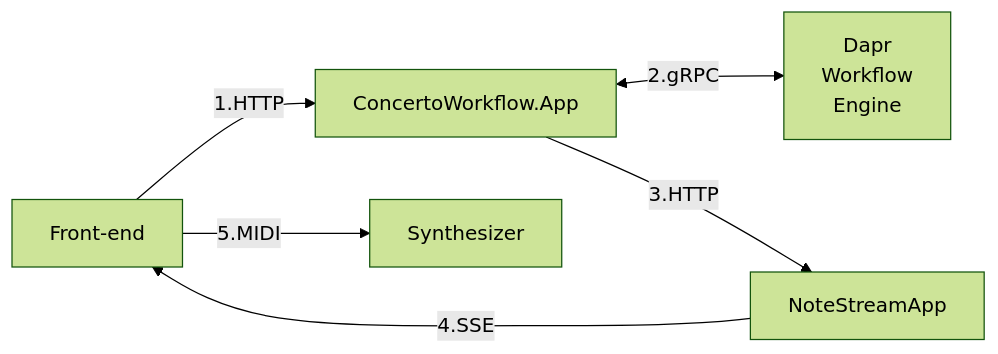
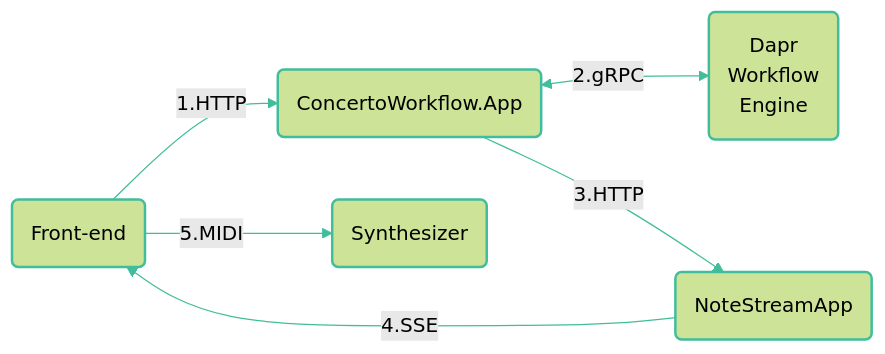
The diagram in .demo/slides/03-tech-setup/03-flow-diagram.md (diagrid-labs/dapr-workflow-concerto), drawn with Mermaid (forest theme) before and after one commit. The commit also changed 8 other files, not shown here.

Commit message:
Update mermaid styles

````diff
--- a/.demo/slides/03-tech-setup/03-flow-diagram.md
+++ b/.demo/slides/03-tech-setup/03-flow-diagram.md
@@ -7,10 +7,13 @@
 ```mermaid
 flowchart LR
-    FE[Front-end] --1.HTTP--> CWA[ConcertoWorkflow.App]
-    CWA<--2.gRPC-->DAPR[Dapr
+    FE(Front-end) --1.HTTP--> CWA(ConcertoWorkflow.App)
+    CWA<--2.gRPC-->DAPR(Dapr
     Workflow
-    Engine]
-    CWA --3.HTTP--> NSA[NoteStreamApp]
+    Engine)
+    CWA --3.HTTP--> NSA(NoteStreamApp)
     NSA --4.SSE--> FE
-    FE --5.MIDI--> HS[Synthesizer]
+    FE --5.MIDI--> HS(Synthesizer)
+
+    classDef default stroke:#41bd9b,stroke-width:2px
+    linkStyle default stroke:#41bd9b,stroke-width:1px
 ```
````
